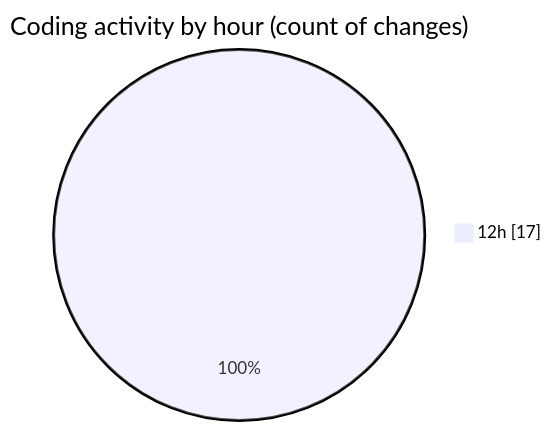
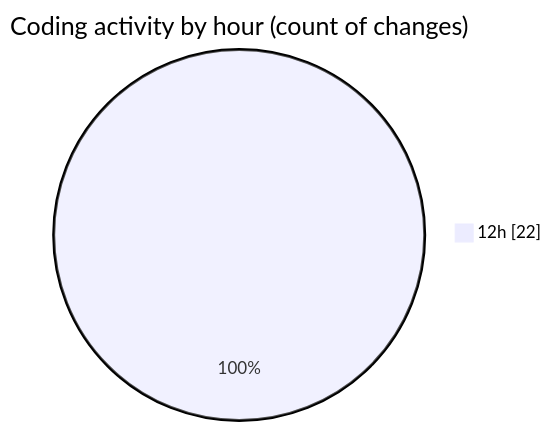
One commit to lephambinh05/code-tracking changed the second of 2 diagrams in 2025-08-25/quytuthien_vn/README.md. Above: the diagram before and after it, drawn with Mermaid. The commit also changed other lines of this file and 1 other file, not shown here.

````diff
--- a/2025-08-25/quytuthien_vn/README.md
+++ b/2025-08-25/quytuthien_vn/README.md
@@ -40,5 +43,5 @@
 ```mermaid
 pie showData
 title Coding activity by hour (count of changes)
-"12h" : 17
+"12h" : 22
 ```
````
